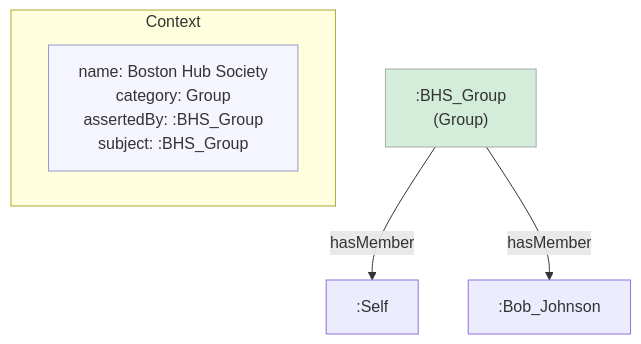
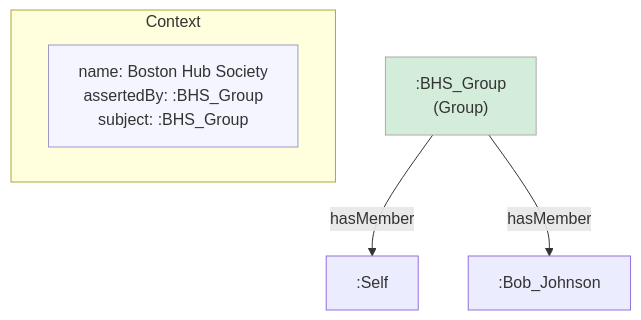
Before and after one commit to MeeFoundation/mia-ontologies: the diagram in example/images/08-bhs(bhs)members.mmd, drawn with Mermaid. The commit also changed 74 other files, not shown here.

First line of the commit message:
Rename c:contextCategory property to c:category (context.ttl v1.0.44)

```diff
--- a/example/images/08-bhs(bhs)members.mmd
+++ b/example/images/08-bhs(bhs)members.mmd
@@ -1,19 +1,18 @@
-%% ContextCategory: context:Group
 flowchart TD
     classDef person fill:#fffacd,stroke:#aaa,color:#333
     classDef grp    fill:#d4edda,stroke:#aaa,color:#333
     classDef org    fill:#cce5ff,stroke:#aaa,color:#333
     classDef lit    fill:none,stroke:none,font-style:italic,color:#2a7a2a
     classDef meta   fill:#f5f5ff,stroke:#9999cc,color:#333
 
     subgraph ctx["Context"]
         direction LR
-        ctx_meta["name: Boston Hub Society\ncategory: Group\nassertedBy: :BHS_Group\nsubject: :BHS_Group"]:::meta
+        ctx_meta["name: Boston Hub Society\nassertedBy: :BHS_Group\nsubject: :BHS_Group"]:::meta
     end
 
     n1f280731bedf[":BHS_Group\n(Group)"]:::grp
     n89768dce3f8b[":Self"]
     ncea94215aa38[":Bob_Johnson"]
 
     n1f280731bedf -->|"hasMember"| n89768dce3f8b
     n1f280731bedf -->|"hasMember"| ncea94215aa38
```
